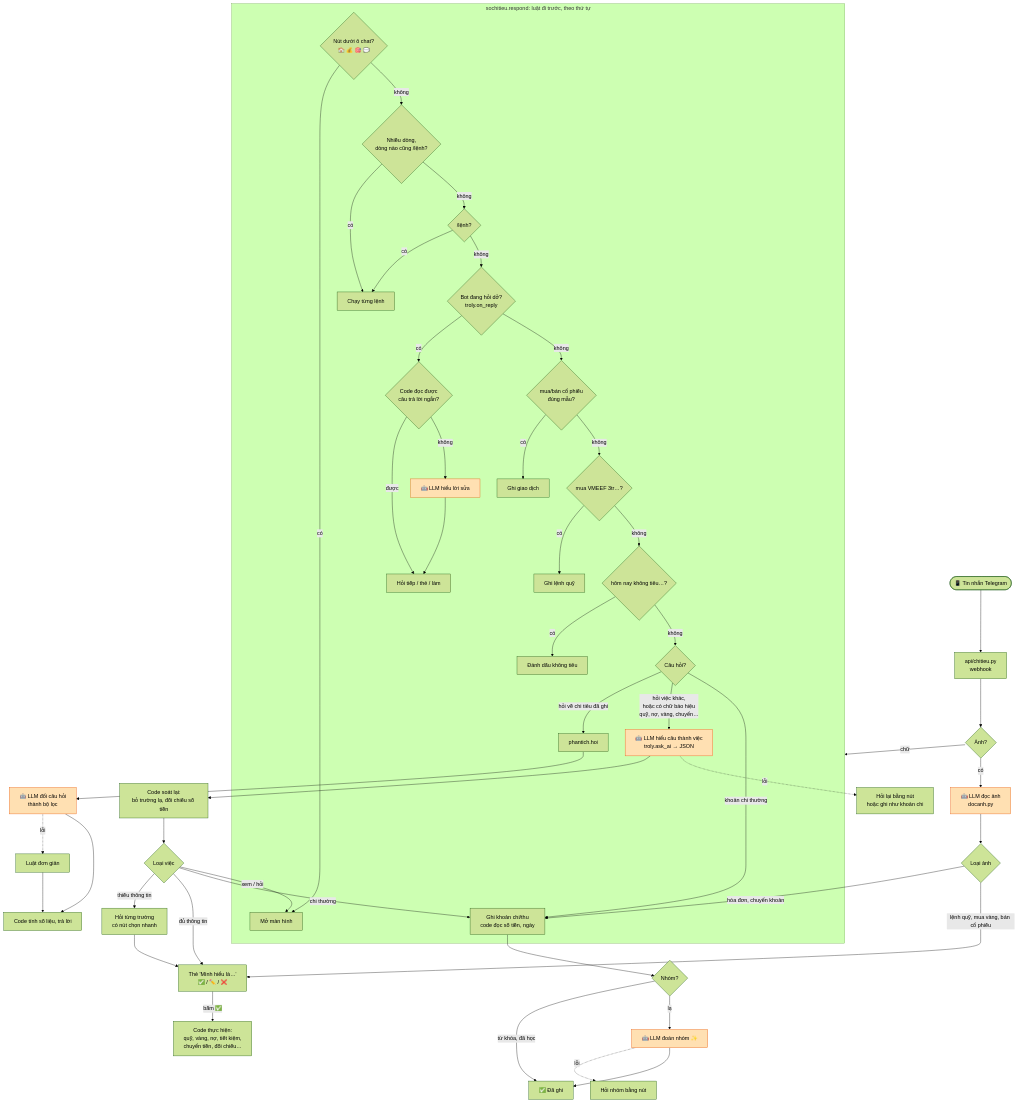
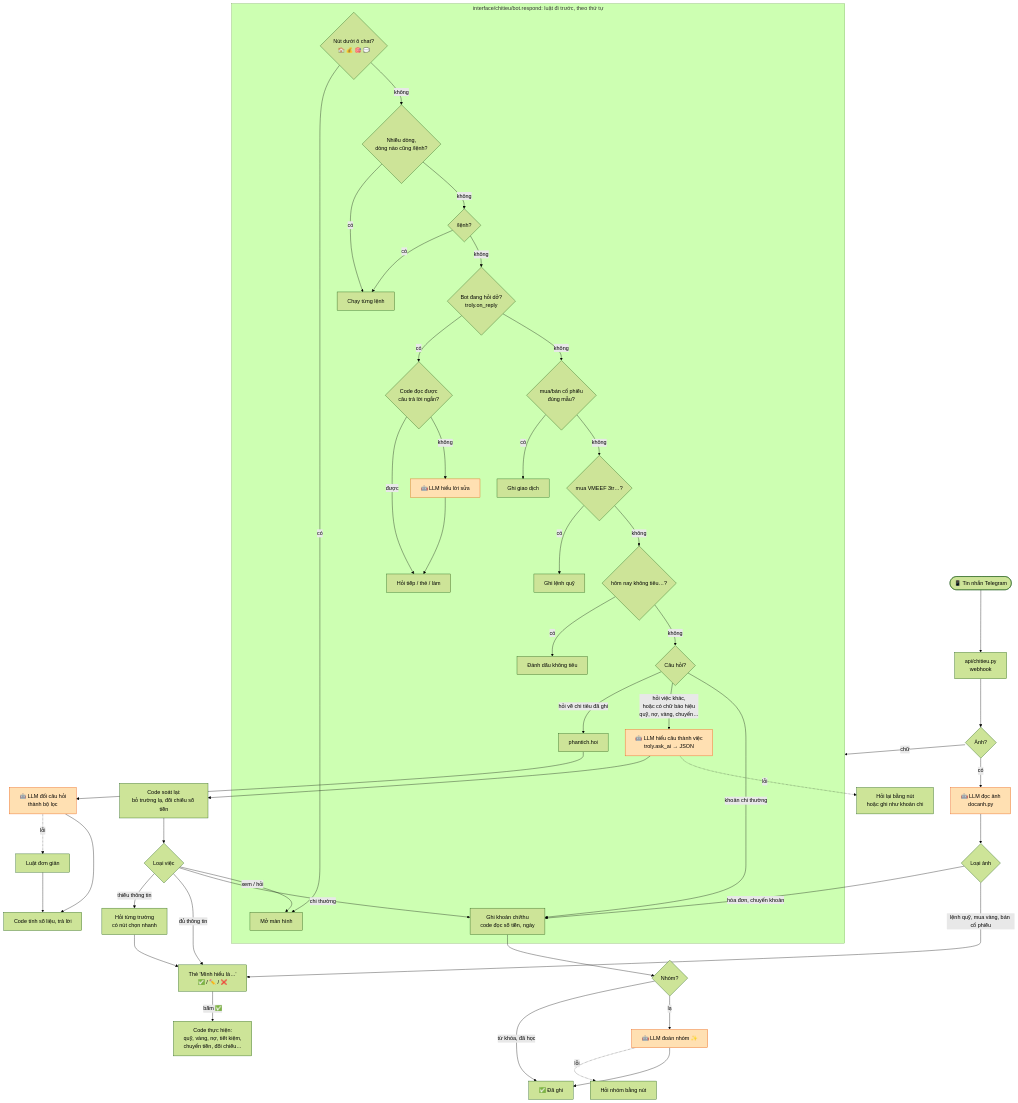
Before and after one commit to hoang-developer/ban-tin-sang: the diagram in docs/luong-tin-nhan.md, drawn with Mermaid (forest theme). The commit also changed other lines of this file and 34 other files, not shown here.

First line of the commit message:
Dọn sochitieu (B+C): bỏ import file cũ ở interface, chuyển test, xóa sochitieu.py (#83)

````diff
--- a/docs/luong-tin-nhan.md
+++ b/docs/luong-tin-nhan.md
@@ -6,57 +6,57 @@
 ```mermaid
 flowchart TD
     U([📱 Tin nhắn Telegram]) --> W[api/chitieu.py<br/>webhook]
     W --> P{Ảnh?}
     P -- có --> V[🤖 LLM đọc ảnh<br/>docanh.py]
     V --> VK{Loại ảnh}
     VK -- hóa đơn, chuyển khoản --> REC
     VK -- lệnh quỹ, mua vàng, bán cổ phiếu --> CARD
     P -- chữ --> R
 
-    subgraph R [sochitieu.respond: luật đi trước, theo thứ tự]
+    subgraph R [interface/chitieu/bot.respond: luật đi trước, theo thứ tự]
         R1{Nút dưới ô chat?<br/>🏠 💰 🎯 💬} -- có --> S[Mở màn hình]
         R1 -- không --> R2{Nhiều dòng,<br/>dòng nào cũng /lệnh?}
         R2 -- có --> CMD[Chạy từng lệnh]
         R2 -- không --> R3{/lệnh?}
         R3 -- có --> CMD
         R3 -- không --> R4{Bot đang hỏi dở?<br/>troly.on_reply}
         R4 -- có --> R4a{Code đọc được<br/>câu trả lời ngắn?}
         R4a -- được --> NEXT[Hỏi tiếp / thẻ / làm]
         R4a -- không --> L1[🤖 LLM hiểu lời sửa]
         L1 --> NEXT
         R4 -- không --> R5{mua/bán cổ phiếu<br/>đúng mẫu?}
         R5 -- có --> TR[Ghi giao dịch]
         R5 -- không --> R6{mua VMEEF 3tr…?}
         R6 -- có --> FO[Ghi lệnh quỹ]
         R6 -- không --> R7{hôm nay không tiêu…?}
         R7 -- có --> NS[Đánh dấu không tiêu]
         R7 -- không --> R8{Câu hỏi?}
         R8 -- hỏi về chi tiêu đã ghi --> Q[phantich.hoi]
         R8 -- hỏi việc khác,<br/>hoặc có chữ báo hiệu<br/>quỹ, nợ, vàng, chuyển… --> L2
         R8 -- khoản chi thường --> REC
     end
 
     Q --> L3[🤖 LLM đổi câu hỏi<br/>thành bộ lọc]
     L3 -. lỗi .-> QR[Luật đơn giản]
     L3 --> QA[Code tính số liệu, trả lời]
     QR --> QA
 
     L2[🤖 LLM hiểu câu thành việc<br/>troly.ask_ai → JSON] --> CK[Code soát lại:<br/>bỏ trường lạ, đối chiếu số tiền]
     L2 -. lỗi .-> UN[Hỏi lại bằng nút<br/>hoặc ghi như khoản chi]
     CK --> J{Loại việc}
     J -- chi thường --> REC
     J -- thiếu thông tin --> ASK[Hỏi từng trường<br/>có nút chọn nhanh]
     J -- xem / hỏi --> S
     J -- đủ thông tin --> CARD[Thẻ 'Mình hiểu là…'<br/>✅ / ✏️ / ❌]
     ASK --> CARD
     CARD -- bấm ✅ --> ACT[Code thực hiện:<br/>quỹ, vàng, nợ, tiết kiệm,<br/>chuyển tiền, đối chiếu…]
 
     REC[Ghi khoản chi/thu<br/>code đọc số tiền, ngày] --> G{Nhóm?}
     G -- từ khóa, đã học --> OK[✅ Đã ghi]
     G -- lạ --> L4[🤖 LLM đoán nhóm ✨]
     L4 -. lỗi .-> ASKG[Hỏi nhóm bằng nút]
     L4 --> OK
 
     classDef llm fill:#ffe0b2,stroke:#e65100,color:#000
     class V,L1,L2,L3,L4 llm
 ```
````
